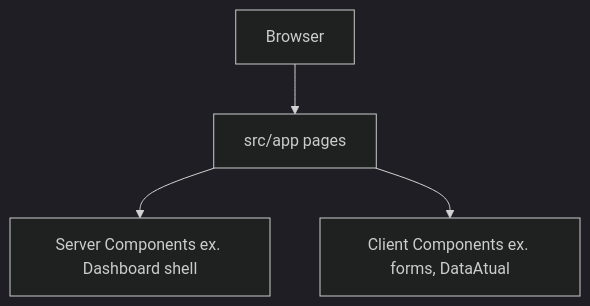
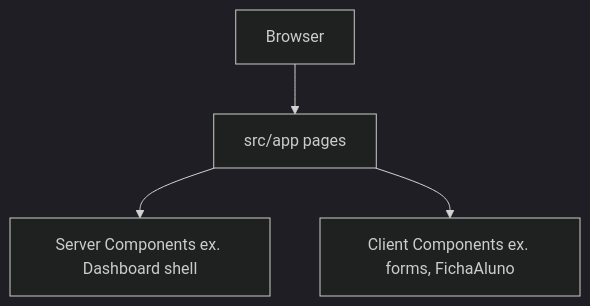
Before and after one commit to Lucianoneves/academia-web: the diagram in docs/architecture.md, drawn with Mermaid (dark theme). The commit also changed other lines of this file and 9 other files, not shown here.

First line of the commit message:
Document the student, plan, and payment flows.

````diff
--- a/docs/architecture.md
+++ b/docs/architecture.md
@@ -52,10 +60,10 @@
 ```mermaid
 flowchart TB
   Browser[Browser]
   AppRouter[src/app pages]
   ServerComp[Server Components ex. Dashboard shell]
-  ClientComp[Client Components ex. forms, DataAtual]
+  ClientComp[Client Components ex. forms, FichaAluno]
   Browser --> AppRouter
   AppRouter --> ServerComp
   AppRouter --> ClientComp
 ```
````
